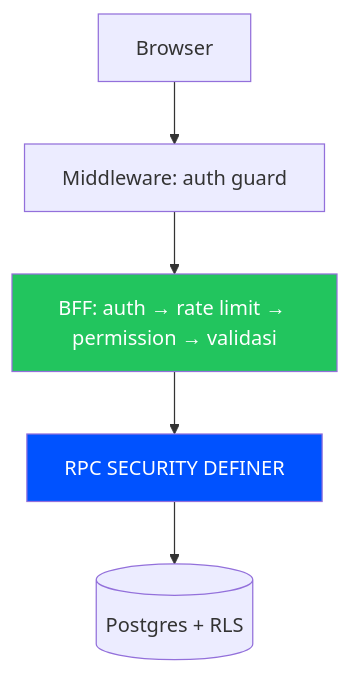
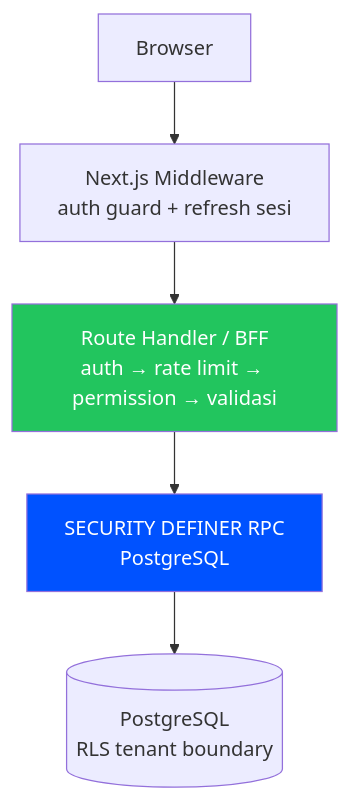
Before and after one commit to hmwwans12-cpu/Chainventory: the second of 3 diagrams in README.md, drawn with Mermaid. The commit also changed other lines of this file, not shown here.

````diff
--- a/README.md
+++ b/README.md
@@ -81,10 +99,10 @@
 ```mermaid
 flowchart TD
-    Browser --> MW[Middleware: auth guard]
-    MW --> BFF[BFF: auth → rate limit → permission → validasi]
-    BFF --> RPC[RPC SECURITY DEFINER]
-    RPC --> DB[(Postgres + RLS)]
+    Browser --> MW[Next.js Middleware<br/>auth guard + refresh sesi]
+    MW --> BFF[Route Handler / BFF<br/>auth → rate limit → permission → validasi]
+    BFF --> RPC[SECURITY DEFINER RPC<br/>PostgreSQL]
+    RPC --> DB[(PostgreSQL<br/>RLS tenant boundary)]
 
     style BFF fill:#22c55e,color:#fff
     style RPC fill:#0052FF,color:#fff
 ```
````
